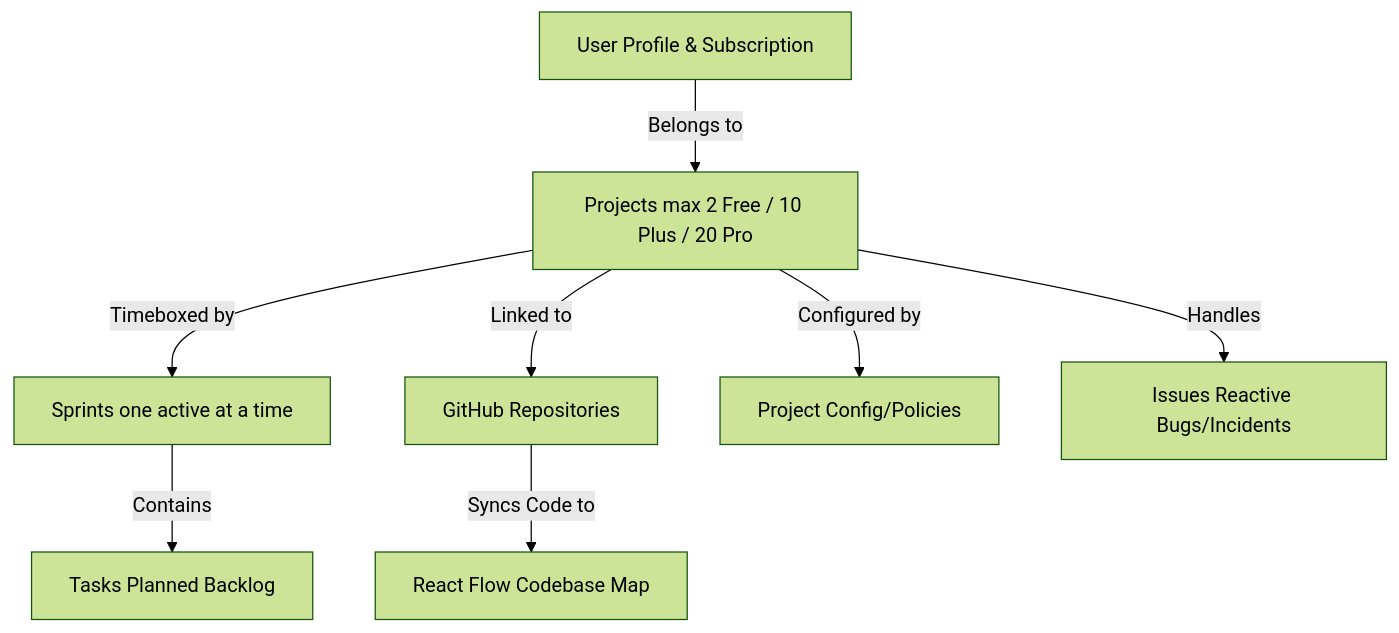
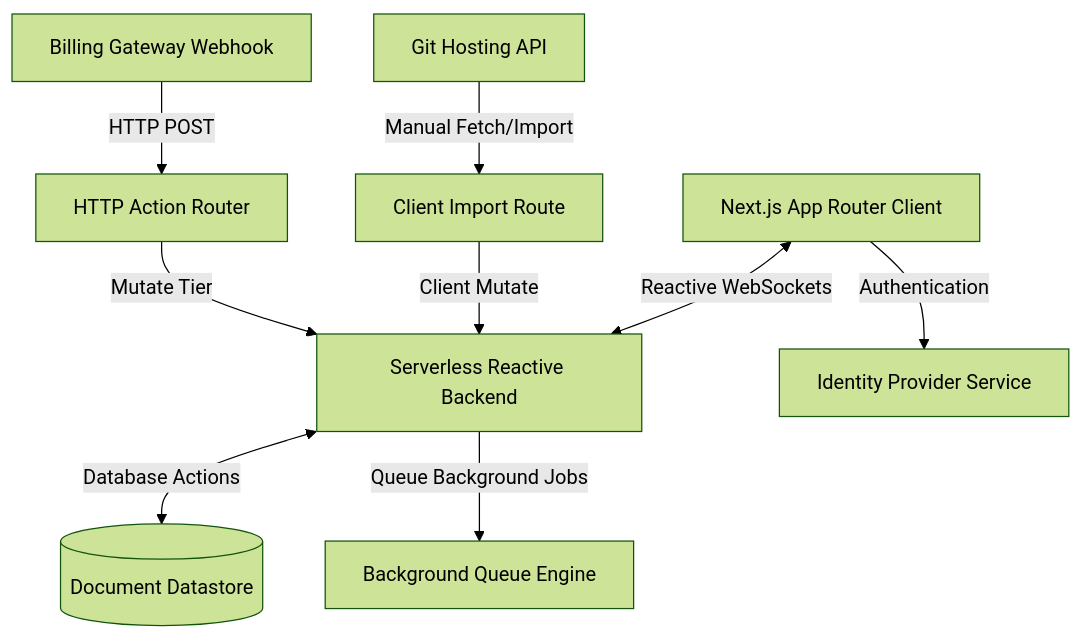
Before and after one commit to ritesh-sinha29/Wekraft-testing: the diagram in src/content/docs/overview.md, drawn with Mermaid (forest theme). The commit also changed other lines of this file and 236 other files, not shown here.

````diff
--- a/src/content/docs/overview.md
+++ b/src/content/docs/overview.md
@@ -11,10 +11,11 @@
 ```mermaid
 graph TD
-    User[User Profile & Subscription] -->|Belongs to| Project[Projects max 2 Free / 10 Plus / 20 Pro]
-    Project -->|Timeboxed by| Sprint[Sprints one active at a time]
-    Project -->|Linked to| Repo[GitHub Repositories]
-    Project -->|Configured by| Policies[Project Config/Policies]
-    Sprint -->|Contains| Task[Tasks Planned Backlog]
-    Project -->|Handles| Issues[Issues Reactive Bugs/Incidents]
-    Repo -->|Syncs Code to| Heatmap[React Flow Codebase Map]
+    Client[Next.js App Router Client] <-->|Reactive WebSockets| Backend[Serverless Reactive Backend]
+    Client -->|Authentication| Auth[Identity Provider Service]
+    Backend <-->|Database Actions| DB[(Document Datastore)]
+    Backend -->|Queue Background Jobs| QueueEngine[Background Queue Engine]
+    GitRepo[Git Hosting API] -->|Manual Fetch/Import| WebhookRoute[Client Import Route]
+    WebhookRoute -->|Client Mutate| Backend
+    Payment[Billing Gateway Webhook] -->|HTTP POST| WebhookHTTP[HTTP Action Router]
+    WebhookHTTP -->|Mutate Tier| Backend
 ```
````
